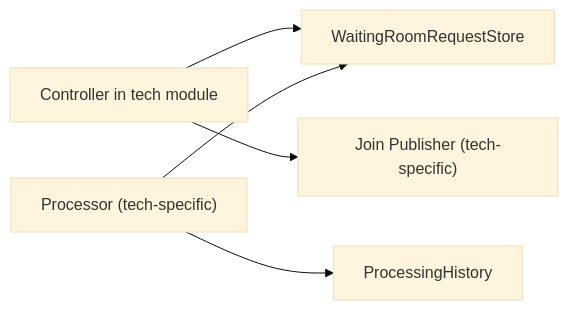
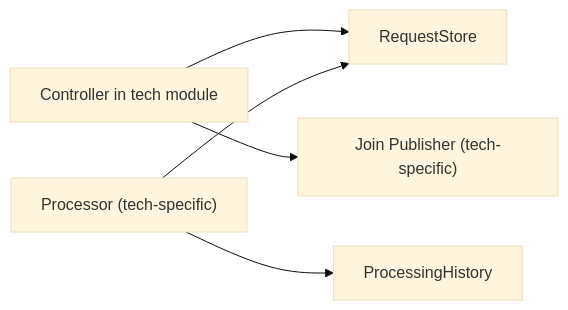
One commit to ShalomDeitch1/examples changed the diagram in ticketmaster/tech-waiting-room-buffer/waiting-room-core/README.md. Above: the diagram before and after it, drawn with Mermaid (base theme). The commit also changed 80 other files, not shown here.

Commit message:
ticketmast/tech-waiting-room-buffer/token-session get working, clean up add documentation

````diff
--- a/ticketmaster/tech-waiting-room-buffer/waiting-room-core/README.md
+++ b/ticketmaster/tech-waiting-room-buffer/waiting-room-core/README.md
@@ -5,7 +5,7 @@
 ```mermaid
 flowchart LR
-  C[Controller in tech module] --> S[WaitingRoomRequestStore]
+  C[Controller in tech module] --> S[RequestStore]
   C --> J["Join Publisher (tech-specific)"]
   P["Processor (tech-specific)"] --> S
   P --> H[ProcessingHistory]
 ```
````
